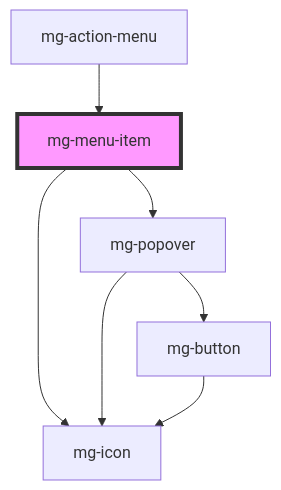
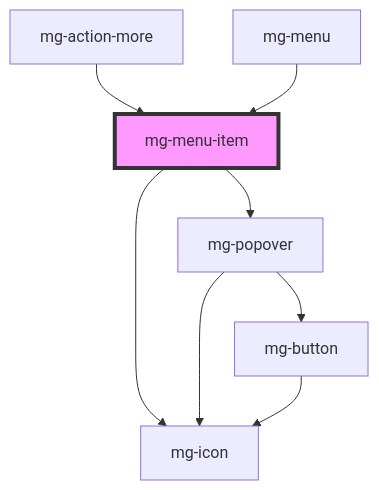
Before and after one commit to MGDIS/mg-components: the diagram in src/components/molecules/menu/mg-menu-item/readme.md, drawn with Mermaid. The commit also changed other lines of this file and 27 other files, not shown here.

First line of the commit message:
feat(mgActionMore): implement mg-action-more in mg-action-menu

````diff
--- a/src/components/molecules/menu/mg-menu-item/readme.md
+++ b/src/components/molecules/menu/mg-menu-item/readme.md
@@ -208,10 +209,11 @@
 ```mermaid
 graph TD;
   mg-menu-item --> mg-icon
   mg-menu-item --> mg-popover
   mg-popover --> mg-button
   mg-popover --> mg-icon
   mg-button --> mg-icon
-  mg-action-menu --> mg-menu-item
+  mg-action-more --> mg-menu-item
+  mg-menu --> mg-menu-item
   style mg-menu-item fill:#f9f,stroke:#333,stroke-width:4px
 ```
````
